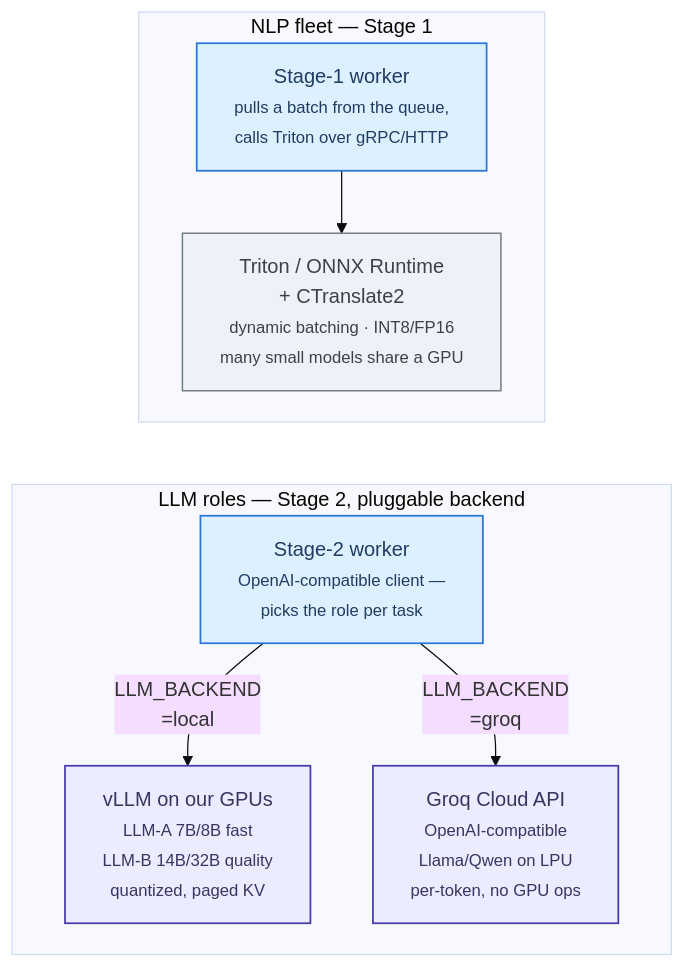
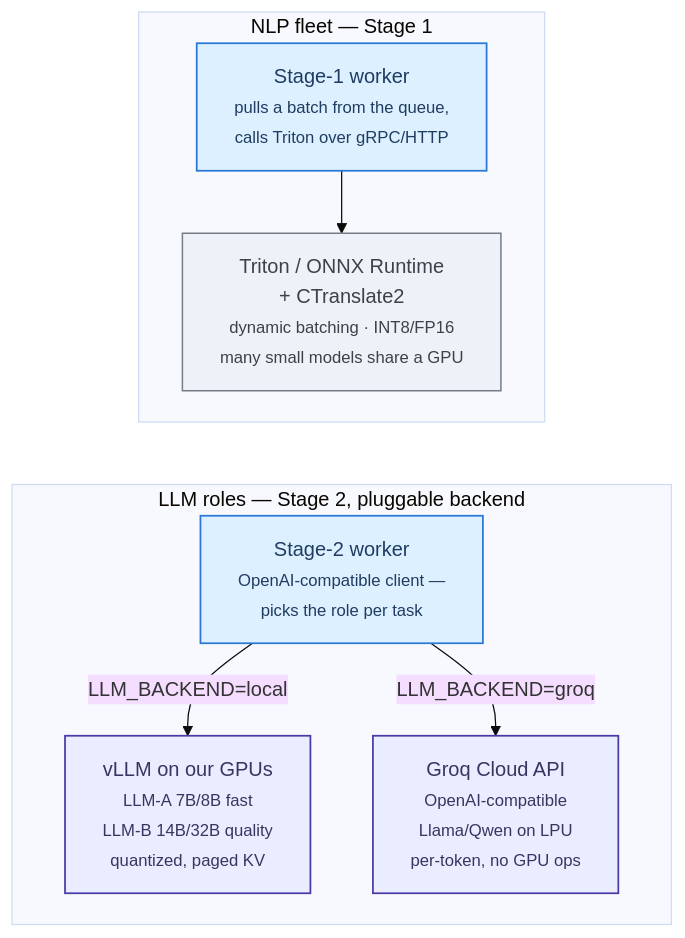
One commit to Bishwajit-2810/Defense changed the diagram in paper/diagrams/fig-serving.mmd. Above: the diagram before and after it, drawn with Mermaid (base theme). The commit also changed 40 other files, not shown here.

```diff
--- a/paper/diagrams/fig-serving.mmd
+++ b/paper/diagrams/fig-serving.mmd
@@ -1,24 +1,24 @@
 graph TD
     subgraph stage1["NLP fleet — Stage 1"]
         W1["Stage-1 worker<br/><small>pulls a batch from the queue,<br/>calls Triton over gRPC/HTTP</small>"]
         Triton["Triton / ONNX Runtime<br/>+ CTranslate2<br/><small>dynamic batching · INT8/FP16<br/>many small models share a GPU</small>"]
         W1 --> Triton
     end
 
     subgraph stage2["LLM roles — Stage 2, pluggable backend"]
         W2["Stage-2 worker<br/><small>OpenAI-compatible client —<br/>picks the role per task</small>"]
         Local["vLLM on our GPUs<br/><small>LLM-A 7B/8B fast<br/>LLM-B 14B/32B quality<br/>quantized, paged KV</small>"]
         Groq["Groq Cloud API<br/><small>OpenAI-compatible<br/>Llama/Qwen on LPU<br/>per-token, no GPU ops</small>"]
-        W2 -- "LLM_BACKEND<br/>=local" --> Local
-        W2 -- "LLM_BACKEND<br/>=groq" --> Groq
+        W2 -- "LLM_BACKEND=local" --> Local
+        W2 -- "LLM_BACKEND=groq" --> Groq
     end
 
     Triton ~~~ W2
 
     class W1,W2 svc
     class Triton tool
     class Local,Groq entry
 
     classDef entry fill:#eaecff,stroke:#4a3aa7,stroke-width:1.4px,color:#373660
     classDef svc fill:#ddf0ff,stroke:#2a78d6,stroke-width:1.4px,color:#203d61
     classDef tool fill:#eef1f7,stroke:#747d88,stroke-width:1.2px,color:#3c4249
```
